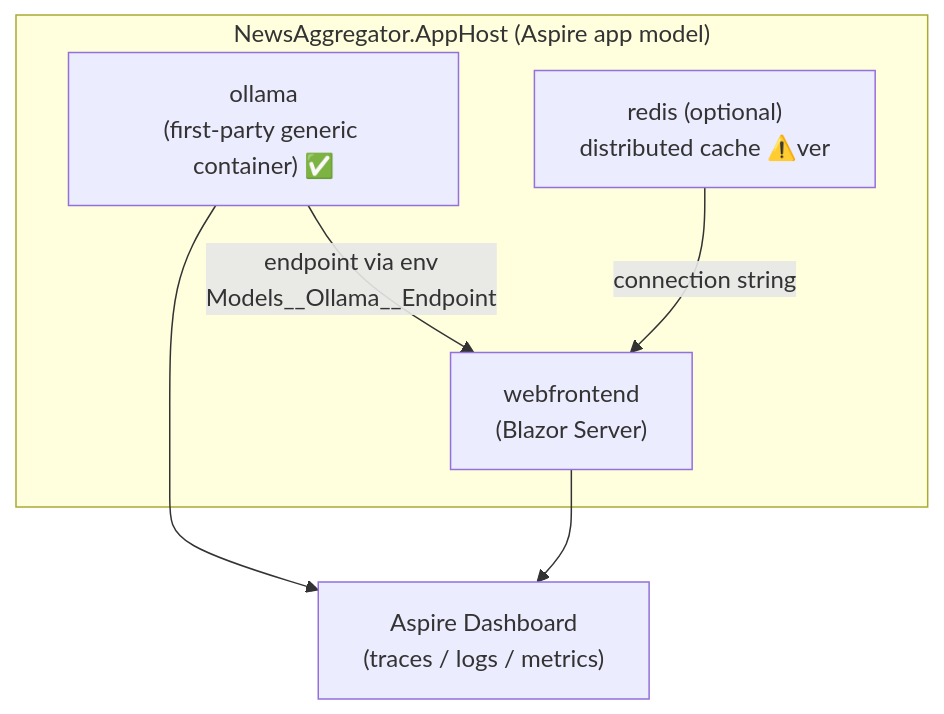
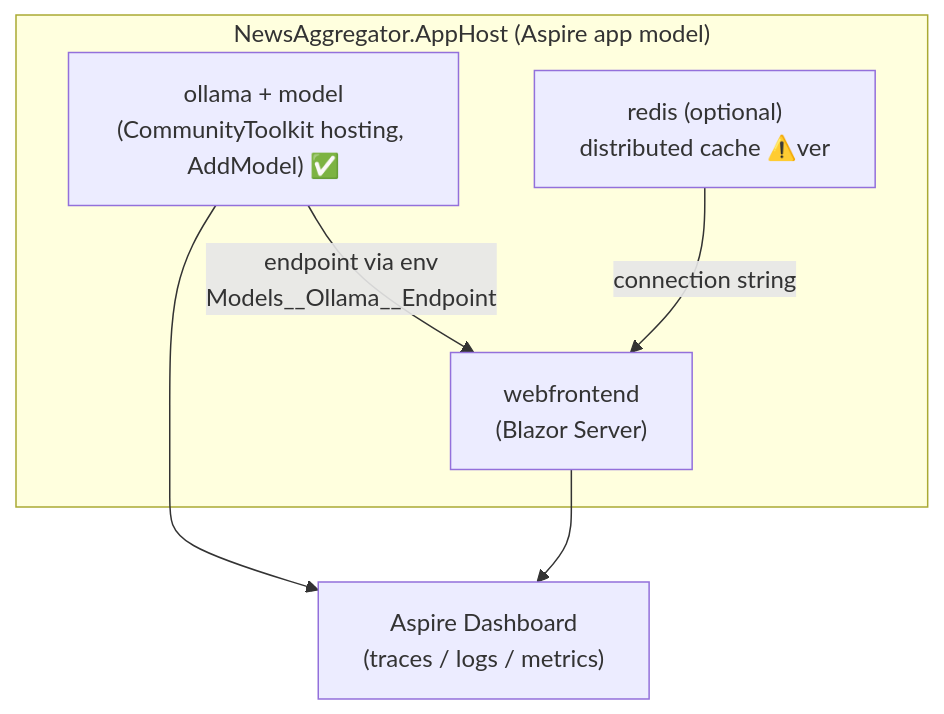
Before and after one commit to behl1anmol/CodeWithAnmol: the first of 2 diagrams in News-Aggregator/docs/06-aspire-topology-and-docker.md, drawn with Mermaid. The commit also changed other lines of this file and 8 other files, not shown here.

First line of the commit message:
P6: AppHost Ollama model bootstrap + end-to-end smoke test

````diff
--- a/News-Aggregator/docs/06-aspire-topology-and-docker.md
+++ b/News-Aggregator/docs/06-aspire-topology-and-docker.md
@@ -11,14 +11,14 @@
 ```mermaid
 graph TD
     subgraph AppHost["NewsAggregator.AppHost (Aspire app model)"]
         Web["webfrontend<br/>(Blazor Server)"]
-        Ollama["ollama<br/>(first-party generic container) ✅"]
+        Ollama["ollama + model<br/>(CommunityToolkit hosting, AddModel) ✅"]
         Redis["redis (optional)<br/>distributed cache ⚠️ver"]
     end
     Dash["Aspire Dashboard<br/>(traces / logs / metrics)"]
 
     Ollama -->|"endpoint via env<br/>Models__Ollama__Endpoint"| Web
     Redis -->|connection string| Web
     Web --> Dash
     Ollama --> Dash
 ```
````
